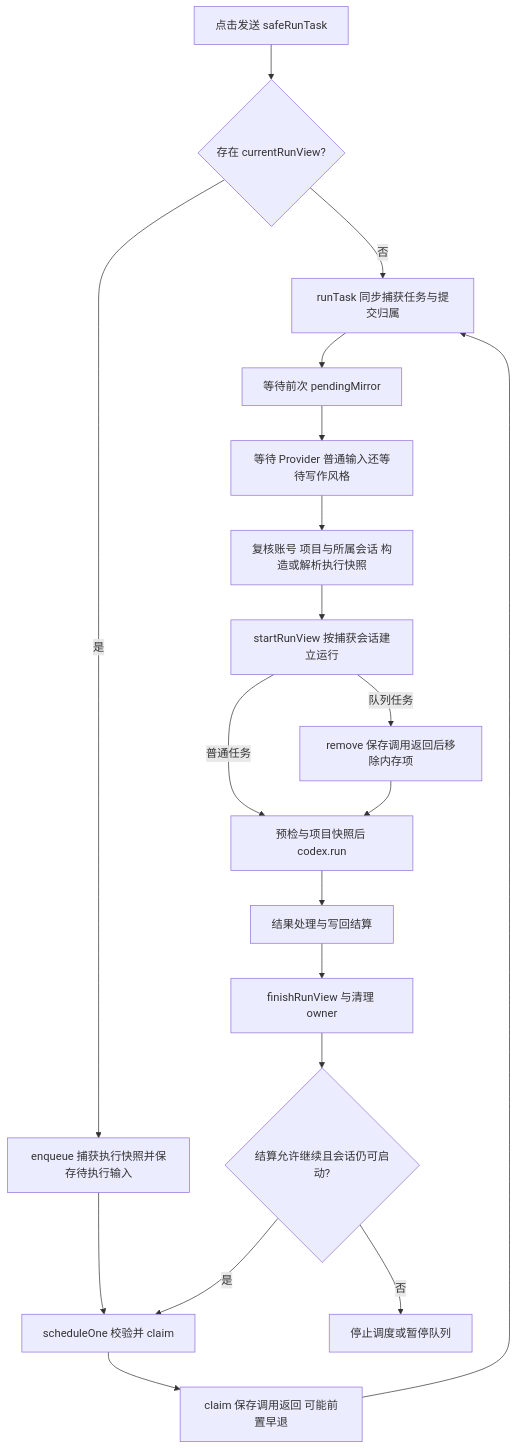
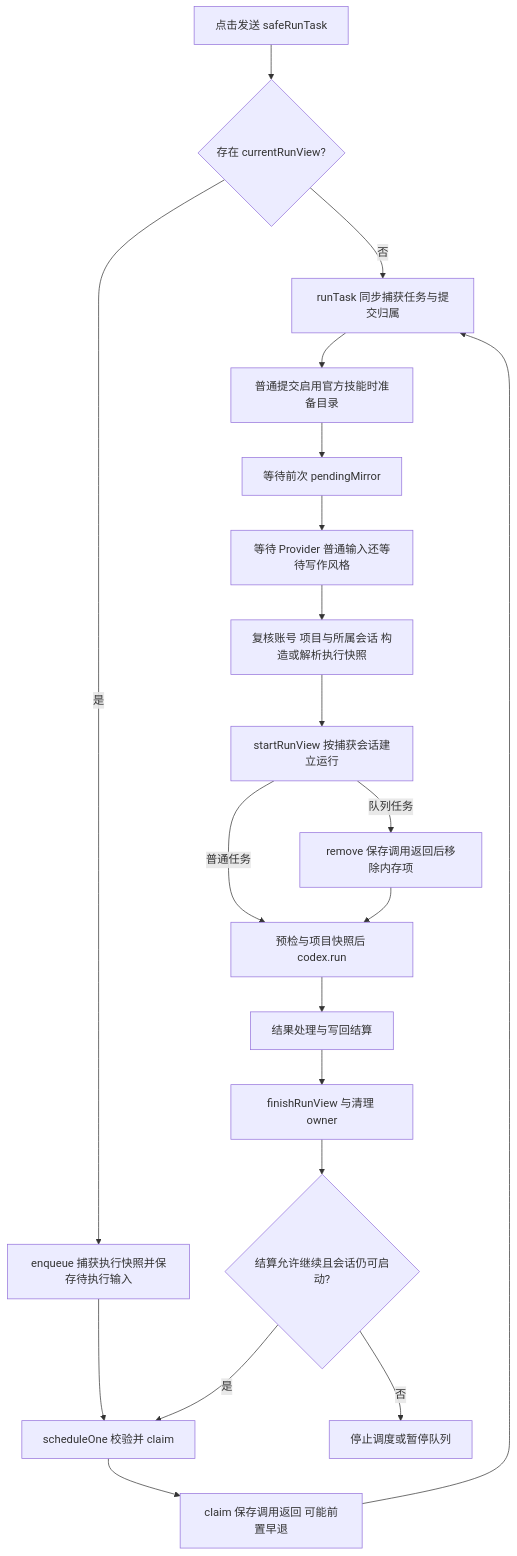
One commit to Ghqqqq/codex-overleaf-link changed the diagram in docs/architecture/run-state-and-recovery.md. Above: the diagram before and after it, drawn with Mermaid. The commit also changed other lines of this file and 65 other files, not shown here.

````diff
--- a/docs/architecture/run-state-and-recovery.md
+++ b/docs/architecture/run-state-and-recovery.md
@@ -51,21 +51,22 @@
 ```mermaid
 flowchart TD
   A[点击发送 safeRunTask] --> B{存在 currentRunView?}
   B -->|否| C[runTask 同步捕获任务与提交归属]
   B -->|是| Q[enqueue 捕获执行快照并保存待执行输入]
   Q --> R[scheduleOne 校验并 claim]
   R --> S[claim 保存调用返回 可能前置早退]
   S --> C
-  C --> M[等待前次 pendingMirror]
+  C --> K[普通提交启用官方技能时准备目录]
+  K --> M[等待前次 pendingMirror]
   M --> L[等待 Provider 普通输入还等待写作风格]
   L --> I[复核账号 项目与所属会话 构造或解析执行快照]
   I --> V[startRunView 按捕获会话建立运行]
   V -->|队列任务| P[remove 保存调用返回后移除内存项]
   V -->|普通任务| N[预检与项目快照后 codex.run]
   P --> N
   N --> W[结果处理与写回结算]
   W --> T[finishRunView 与清理 owner]
   T --> U{结算允许继续且会话仍可启动?}
   U -->|是| R
   U -->|否| X[停止调度或暂停队列]
 ```
````
